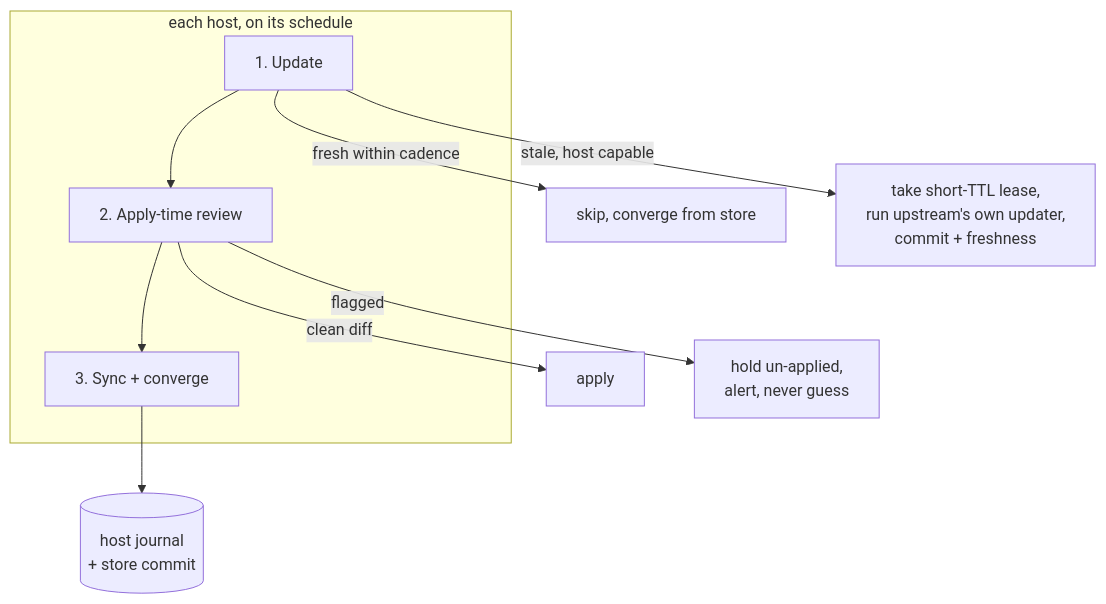
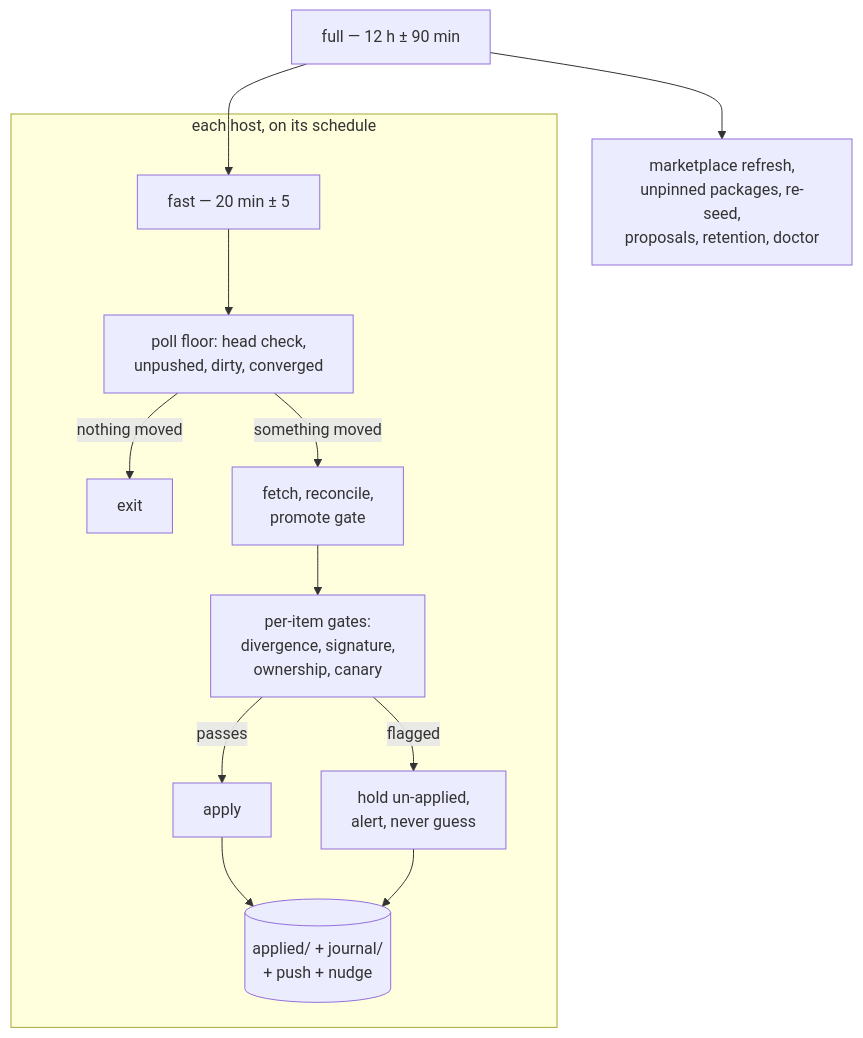
Before and after one commit to novotnyllc/roundhouse: the second of 2 diagrams in docs/site/lifecycle.md, drawn with Mermaid. The commit also changed other lines of this file and 83 other files, not shown here.

````diff
--- a/docs/site/lifecycle.md
+++ b/docs/site/lifecycle.md
@@ -124,11 +127,15 @@
 ```mermaid
 flowchart TD
     subgraph Host["each host, on its schedule"]
-        A[1. Update] --> B[2. Apply-time review] --> C[3. Sync + converge]
+        F["fast — 20 min ± 5"] --> P[poll floor: head check,<br/>unpushed, dirty, converged]
+        P -->|nothing moved| X[exit]
+        P -->|something moved| G[fetch, reconcile,<br/>promote gate]
+        G --> B[per-item gates:<br/>divergence, signature,<br/>ownership, canary]
+        B -->|passes| A[apply]
+        B -->|flagged| HOLD[hold un-applied,<br/>alert, never guess]
+        A --> J[(applied/ + journal/<br/>+ push + nudge)]
+        HOLD --> J
     end
-    A -->|fresh within cadence| SKIP1[skip, converge from store]
-    A -->|stale, host capable| LEASE[take short-TTL lease,<br/>run upstream's own updater,<br/>commit + freshness]
-    B -->|clean diff| PASS[apply]
-    B -->|flagged| HOLD[hold un-applied,<br/>alert, never guess]
-    C --> J[(host journal<br/>+ store commit)]
+    U["full — 12 h ± 90 min"] --> F
+    U --> M[marketplace refresh,<br/>unpinned packages, re-seed,<br/>proposals, retention, doctor]
 ```
````
